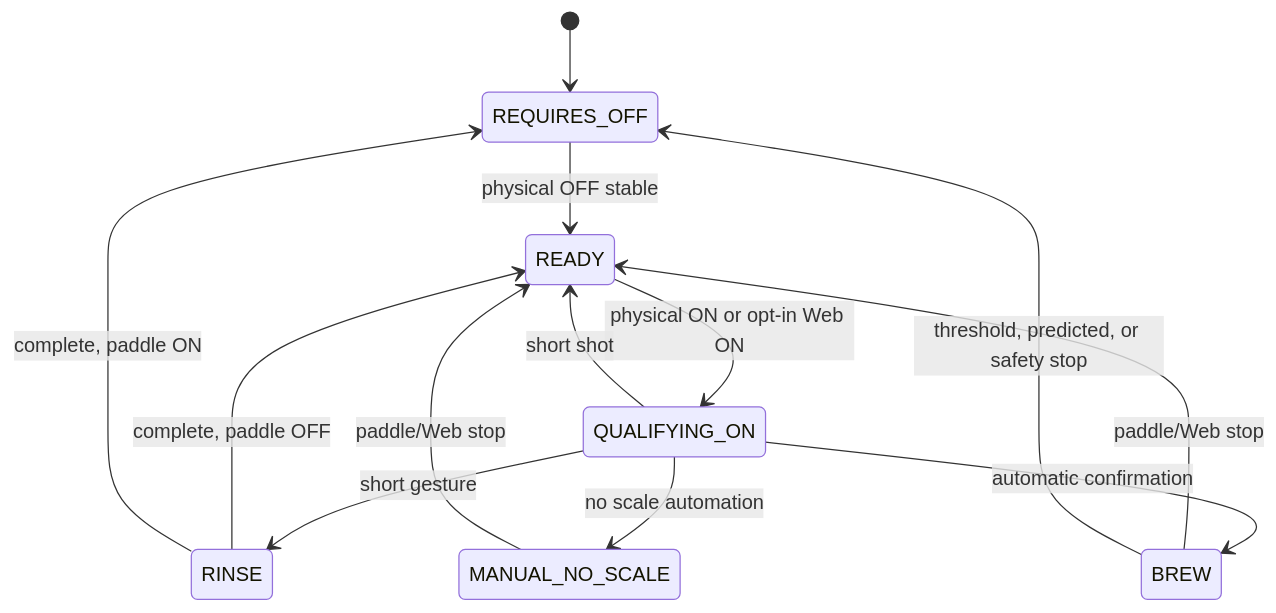
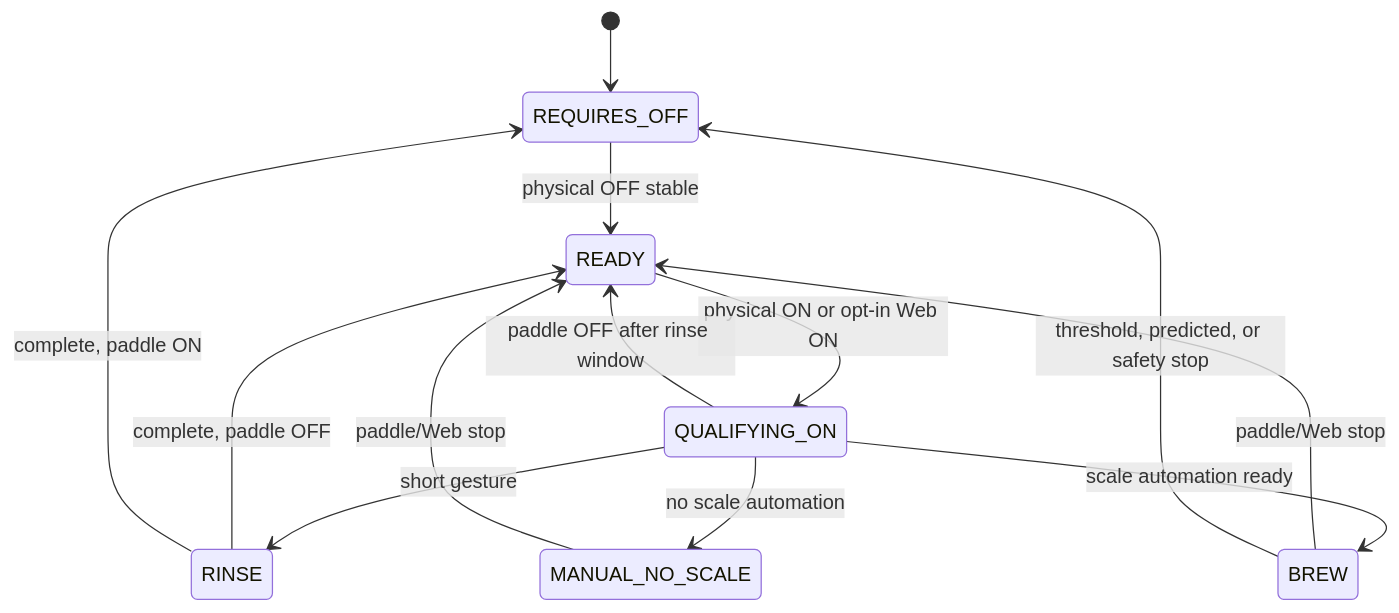
One commit to Cheerpipe/AcaiaArduinoBLE changed the first of 2 diagrams in README.md. Above: the diagram before and after it, drawn with Mermaid. The commit also changed other lines of this file and 8 other files, not shown here.

````diff
--- a/README.md
+++ b/README.md
@@ -118,15 +120,15 @@
 ```mermaid
 stateDiagram-v2
   [*] --> REQUIRES_OFF
   REQUIRES_OFF --> READY: physical OFF stable
   READY --> QUALIFYING_ON: physical ON or opt-in Web ON
   QUALIFYING_ON --> RINSE: short gesture
-  QUALIFYING_ON --> BREW: automatic confirmation
+  QUALIFYING_ON --> BREW: scale automation ready
   QUALIFYING_ON --> MANUAL_NO_SCALE: no scale automation
-  QUALIFYING_ON --> READY: short shot
+  QUALIFYING_ON --> READY: paddle OFF after rinse window
   RINSE --> READY: complete, paddle OFF
   RINSE --> REQUIRES_OFF: complete, paddle ON
   BREW --> READY: paddle/Web stop
   MANUAL_NO_SCALE --> READY: paddle/Web stop
   BREW --> REQUIRES_OFF: threshold, predicted, or safety stop
 ```
````
